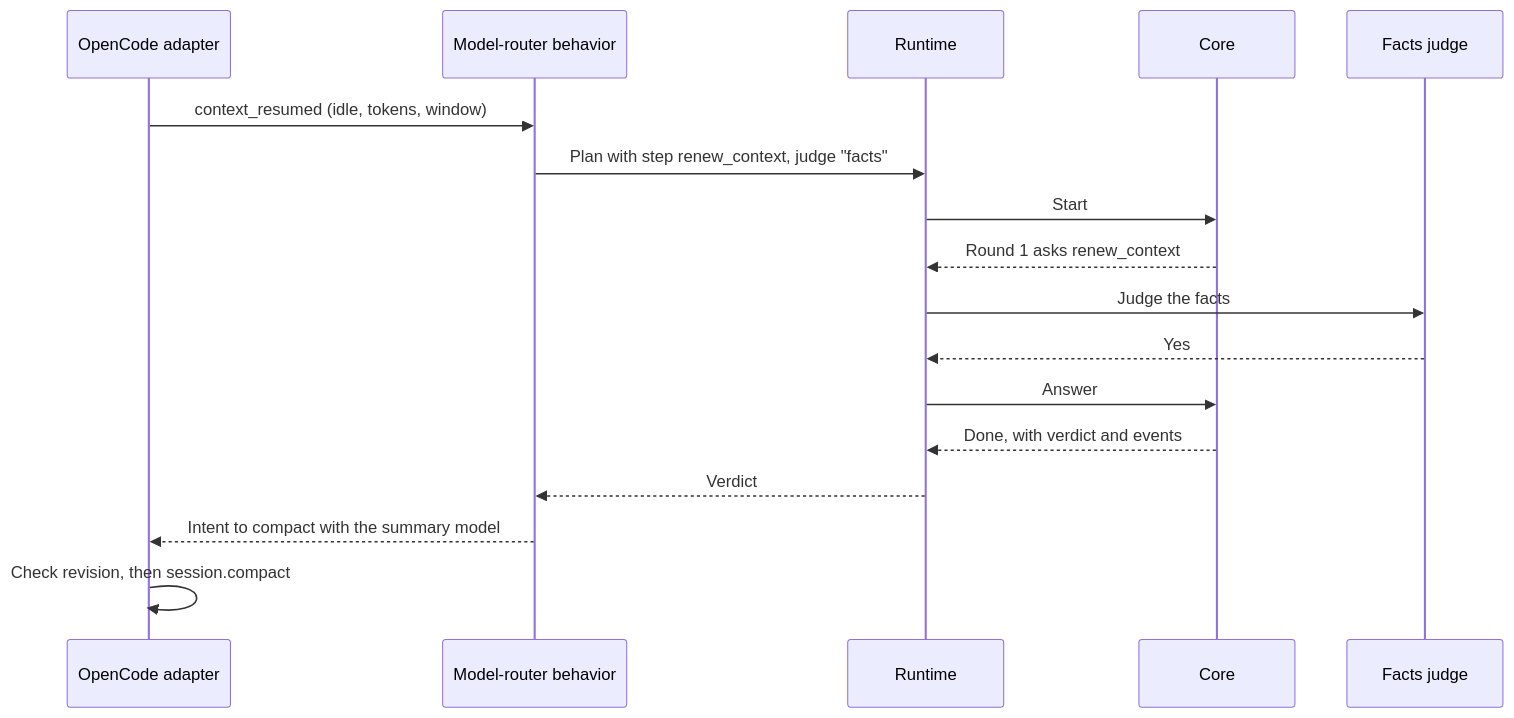
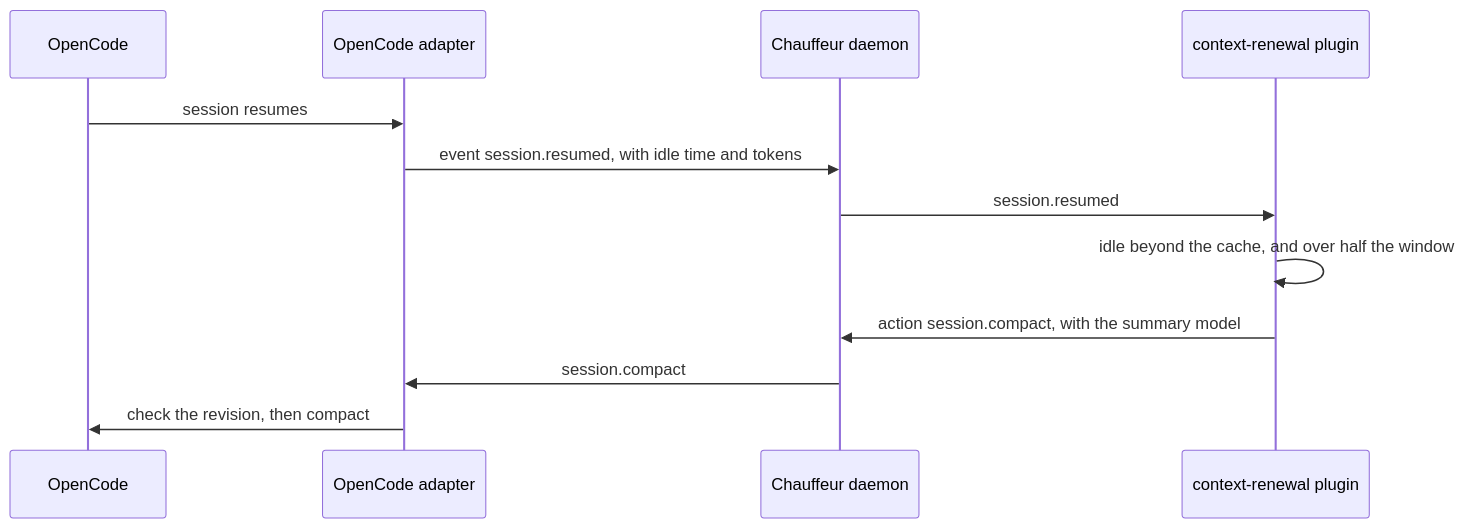
Before and after one commit to StevenJPx2/chauffeur: the third of 14 diagrams in docs/plans/pluggability.md, drawn with Mermaid. The commit also changed other lines of this file and 1 other file, not shown here.

First line of the commit message:
docs(plans): engine, facts, plugins and adapters; generic questions and results

````diff
--- a/docs/plans/pluggability.md
+++ b/docs/plans/pluggability.md
@@ -73,19 +89,14 @@
 ```mermaid
 sequenceDiagram
+    participant O as OpenCode
     participant A as OpenCode adapter
-    participant B as Model-router behavior
-    participant R as Runtime
-    participant C as Core
-    participant F as Facts judge
-    A->>B: context_resumed (idle, tokens, window)
-    B->>R: Plan with step renew_context, judge "facts"
-    R->>C: Start
-    C-->>R: Round 1 asks renew_context
-    R->>F: Judge the facts
-    F-->>R: Yes
-    R->>C: Answer
-    C-->>R: Done, with verdict and events
-    R-->>B: Verdict
-    B-->>A: Intent to compact with the summary model
-    A->>A: Check revision, then session.compact
+    participant D as Chauffeur daemon
+    participant P as context-renewal plugin
+    O->>A: session resumes
+    A->>D: event session.resumed, with idle time and tokens
+    D->>P: session.resumed
+    P->>P: idle beyond the cache, and over half the window
+    P->>D: action session.compact, with the summary model
+    D->>A: session.compact
+    A->>O: check the revision, then compact
 ```
````
